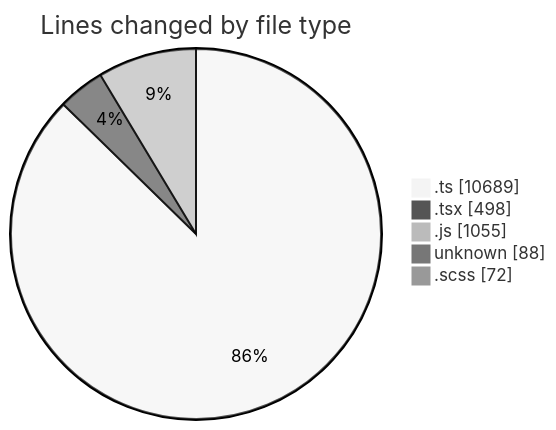
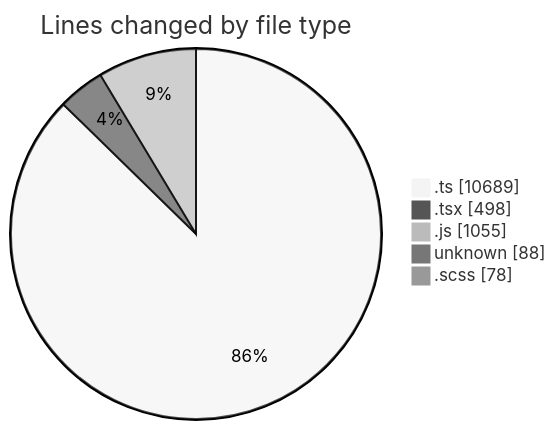
Before and after one commit to momahboobian/code-tracking: the first of 2 diagrams in 2026-03-11/cda/README.md, drawn with Mermaid (neutral theme). The commit also changed other lines of this file and 1 other file, not shown here.

````diff
--- a/2026-03-11/cda/README.md
+++ b/2026-03-11/cda/README.md
@@ -35,9 +35,9 @@
 ```mermaid
 pie showData
 title Lines changed by file type
 ".ts" : 10689
 ".tsx" : 498
 ".js" : 1055
 "unknown" : 88
-".scss" : 72
+".scss" : 78
 ```
````
